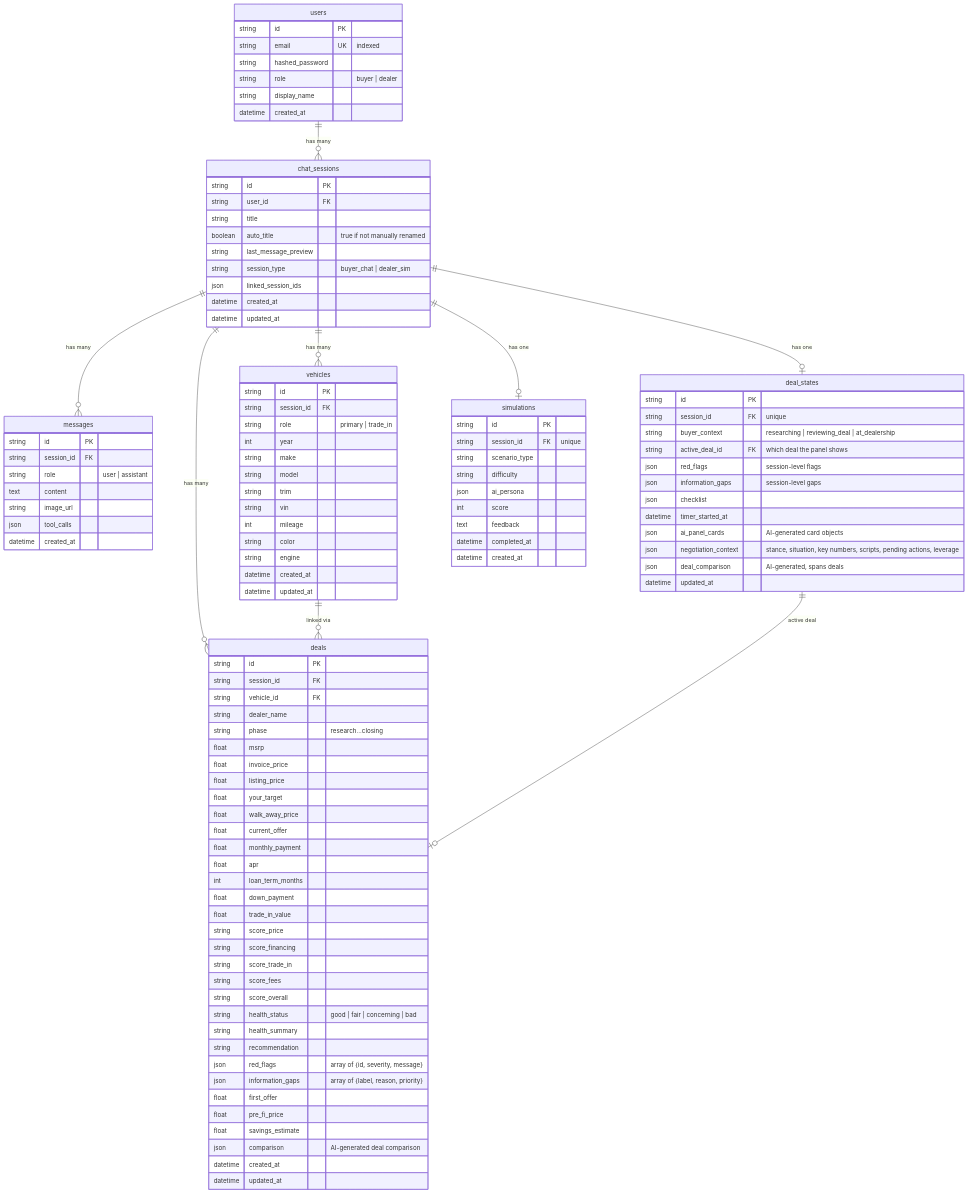
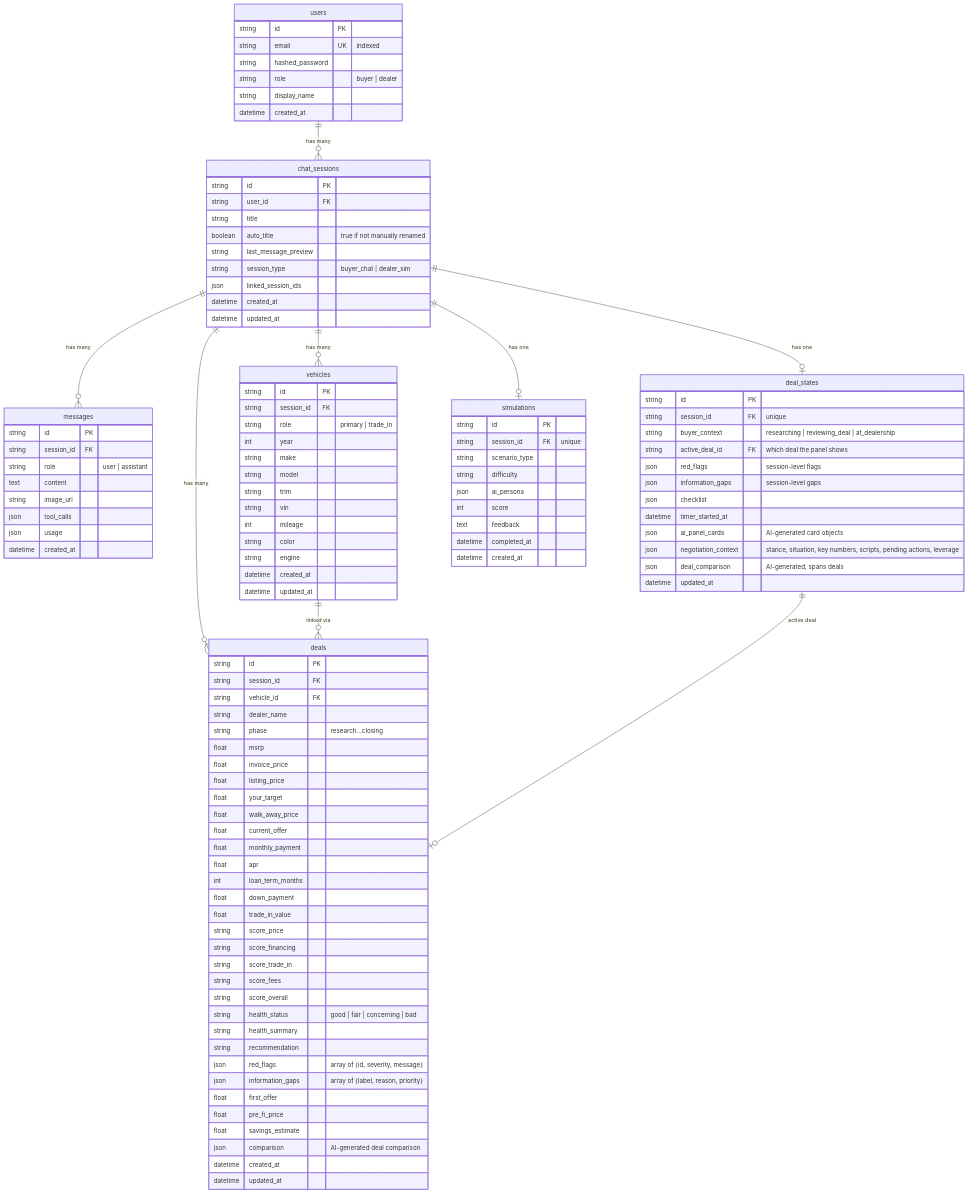
The second of 2 diagrams in docs/TRD.md (kramersmith/dealership-ai), drawn with Mermaid before and after one commit. The commit also changed other lines of this file and 17 other files, not shown here.

```diff
--- a/docs/TRD.md
+++ b/docs/TRD.md
@@ -334,6 +337,7 @@
         text content
         string image_url
         json tool_calls
+        json usage
         datetime created_at
     }
 
```
